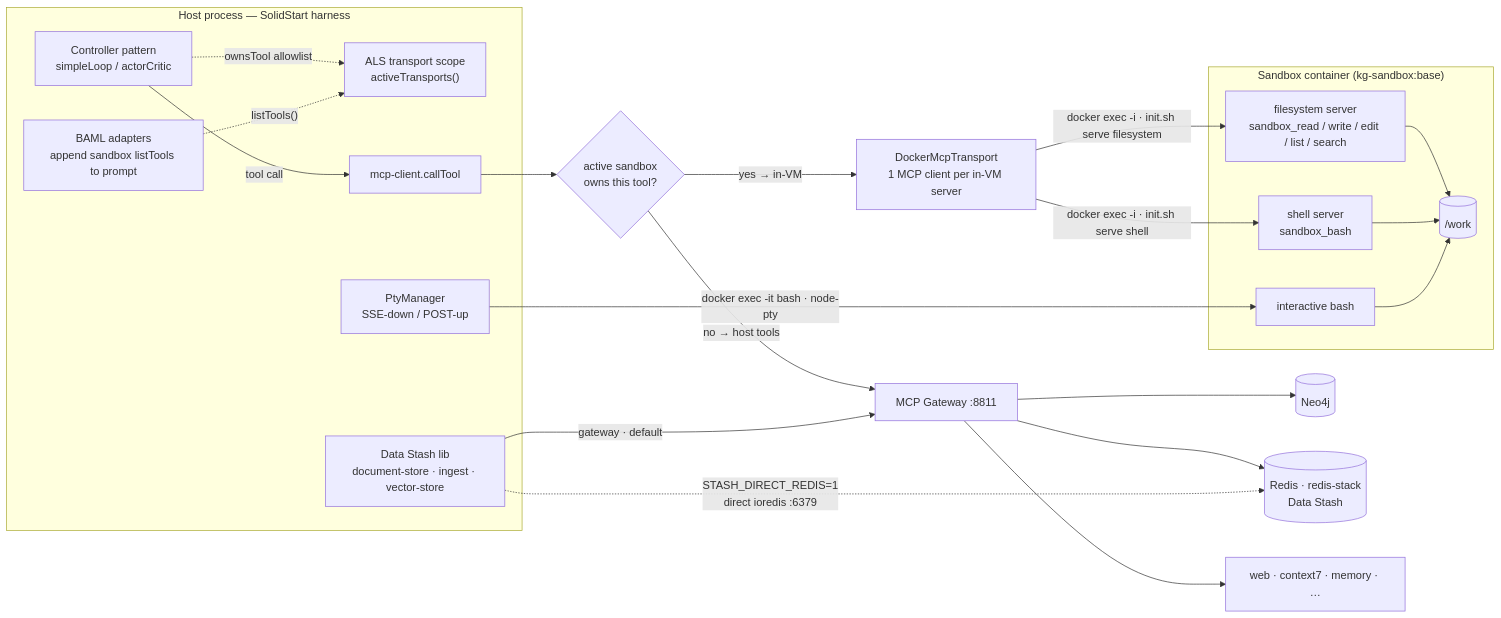
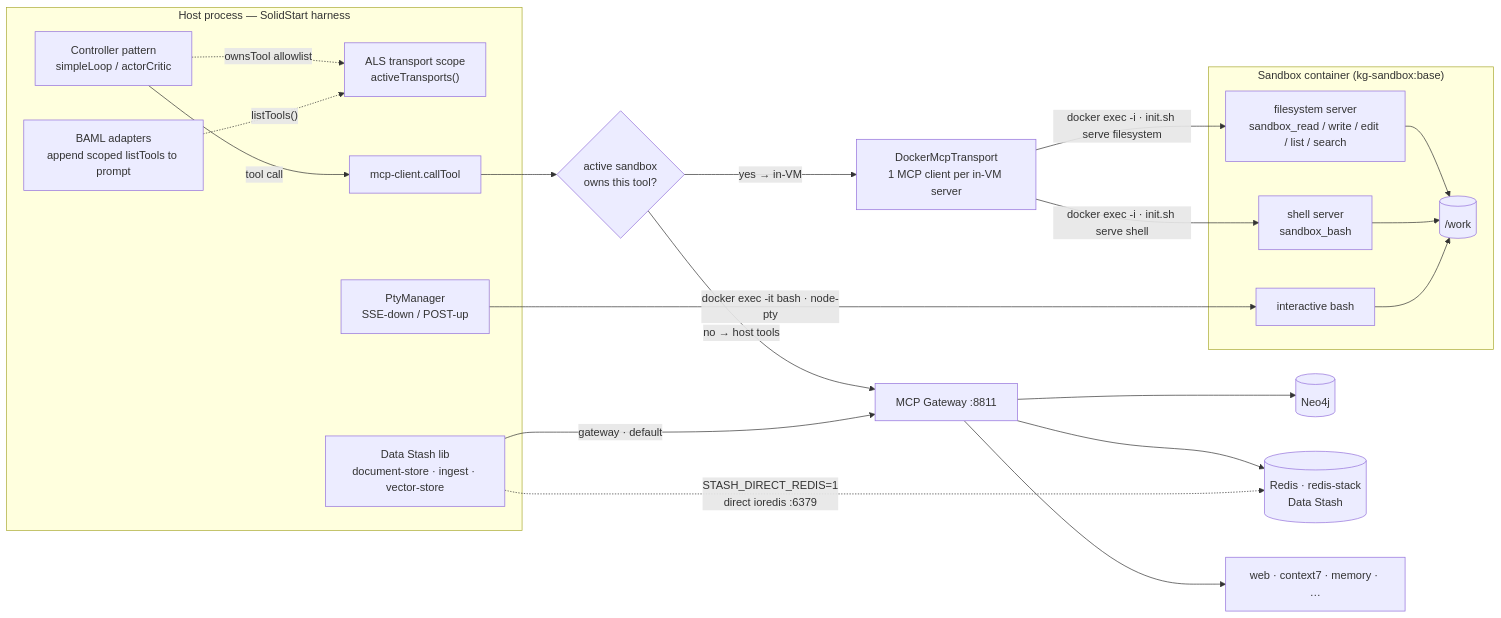
The fourth of 4 diagrams in docs/data-flow.md (mknw/hames-playground), drawn with Mermaid before and after one commit. The commit also changed other lines of this file and 10 other files, not shown here.

````diff
--- a/docs/data-flow.md
+++ b/docs/data-flow.md
@@ -257,40 +257,40 @@
 ```mermaid
 flowchart LR
     subgraph hostp["Host process — SolidStart harness"]
         CTRL["Controller pattern<br/>simpleLoop / actorCritic"]
         ALS["ALS transport scope<br/>activeTransports()"]
         MCPC["mcp-client.callTool"]
-        BAML["BAML adapters<br/>append sandbox listTools to prompt"]
+        BAML["BAML adapters<br/>append scoped listTools to prompt"]
         PTY["PtyManager<br/>SSE-down / POST-up"]
         STASH["Data Stash lib<br/>document-store · ingest · vector-store"]
     end
 
     CTRL -->|"tool call"| MCPC
     CTRL -.->|"ownsTool allowlist"| ALS
     BAML -.->|"listTools()"| ALS
     MCPC --> DECIDE{"active sandbox<br/>owns this tool?"}
 
     DECIDE -->|"no → host tools"| GW["MCP Gateway :8811"]
     GW --> NEO[("Neo4j")]
     GW --> RDS[("Redis · redis-stack<br/>Data Stash")]
     GW --> WEBX["web · context7 · memory · …"]
 
     STASH -->|"gateway · default"| GW
     STASH -.->|"STASH_DIRECT_REDIS=1<br/>direct ioredis :6379"| RDS
 
     DECIDE -->|"yes → in-VM"| TRANS["DockerMcpTransport<br/>1 MCP client per in-VM server"]
 
     subgraph vm["Sandbox container (kg-sandbox:base)"]
         FS["filesystem server<br/>sandbox_read / write / edit / list / search"]
         SH["shell server<br/>sandbox_bash"]
         WORK[("/work")]
         BASH["interactive bash"]
     end
 
     TRANS -->|"docker exec -i · init.sh serve filesystem"| FS
     TRANS -->|"docker exec -i · init.sh serve shell"| SH
     FS --> WORK
     SH --> WORK
     PTY -->|"docker exec -it bash · node-pty"| BASH
     BASH --> WORK
 ```
````
